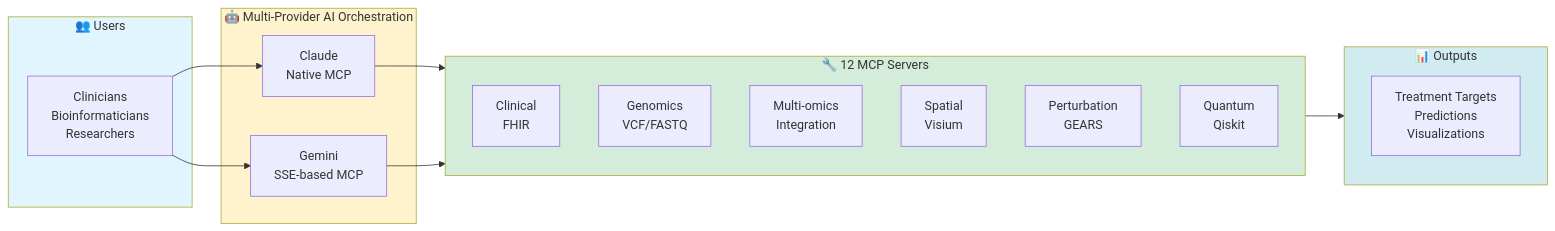
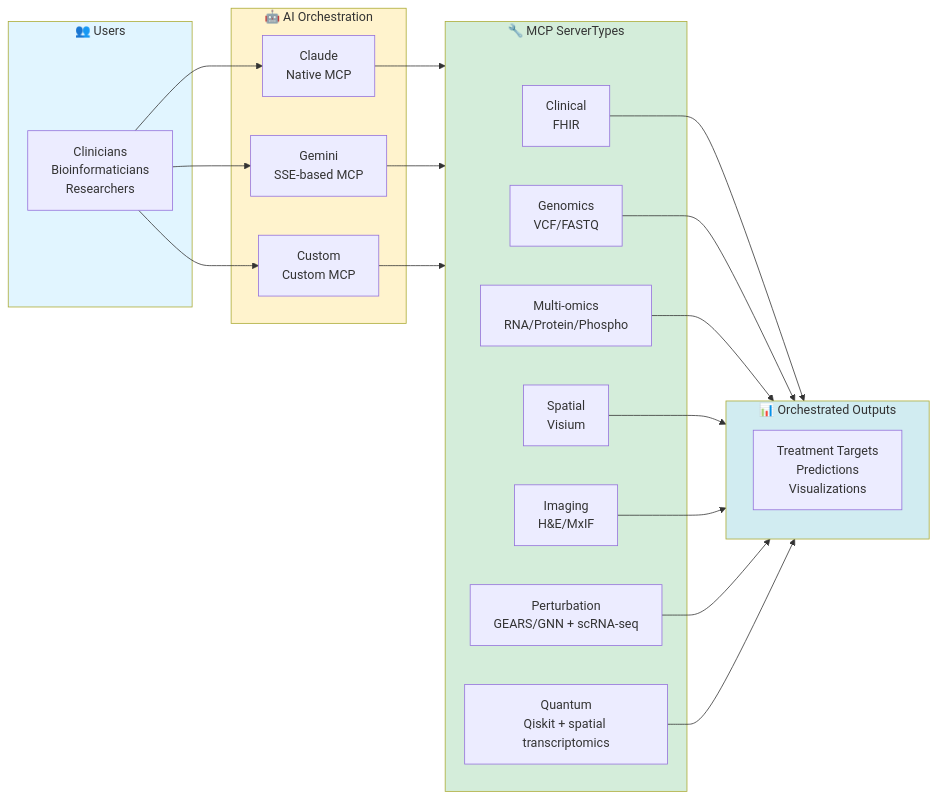
One commit to raymond301/precision-medicine-mcp changed the diagram in README.md. Above: the diagram before and after it, drawn with Mermaid.

Commit message:
Refactor AI orchestration and server types in README

````diff
--- a/README.md
+++ b/README.md
@@ -38,35 +38,45 @@
 ```mermaid
 graph LR
     subgraph Users["👥 Users"]
         U[Clinicians<br/>Bioinformaticians<br/>Researchers]
     end
 
-    subgraph AI["🤖 Multi-Provider AI Orchestration"]
+    subgraph AI["🤖 AI Orchestration"]
         CLAUDE[Claude<br/>Native MCP]
         GEMINI[Gemini<br/>SSE-based MCP]
+        CUSTOM[Custom<br/>Custom MCP]
     end
 
-    subgraph Servers["🔧 12 MCP Servers"]
+    subgraph ServerTypes["🔧 MCP ServerTypes"]
         S1[Clinical<br/>FHIR]
         S2[Genomics<br/>VCF/FASTQ]
-        S3[Multi-omics<br/>Integration]
+        S3[Multi-omics<br/>RNA/Protein/Phospho]
         S4[Spatial<br/>Visium]
-        S5[Perturbation<br/>GEARS]
-        S6[Quantum<br/>Qiskit]
+        S5[Imaging<br/> H&E/MxIF]
+        S6[Perturbation<br/>GEARS/GNN + scRNA-seq]
+        S7[Quantum<br/>Qiskit + spatial transcriptomics]
     end
 
-    subgraph Output["📊 Outputs"]
+    subgraph Output["📊 Orchestrated Outputs"]
         O[Treatment Targets<br/>Predictions<br/>Visualizations]
     end
 
     U --> CLAUDE
     U --> GEMINI
-    CLAUDE --> Servers
-    GEMINI --> Servers
-    Servers --> Output
+    U --> CUSTOM
+    CLAUDE --> ServerTypes
+    GEMINI --> ServerTypes
+    CUSTOM --> ServerTypes
+    S1 --> Output
+    S2 --> Output
+    S3 --> Output
+    S4 --> Output
+    S5 --> Output
+    S6 --> Output
+    S7 --> Output
 
     style Users fill:#e1f5ff
     style AI fill:#fff3cd
-    style Servers fill:#d4edda
+    style ServerTypes fill:#d4edda
     style Output fill:#d1ecf1
 ```
````
